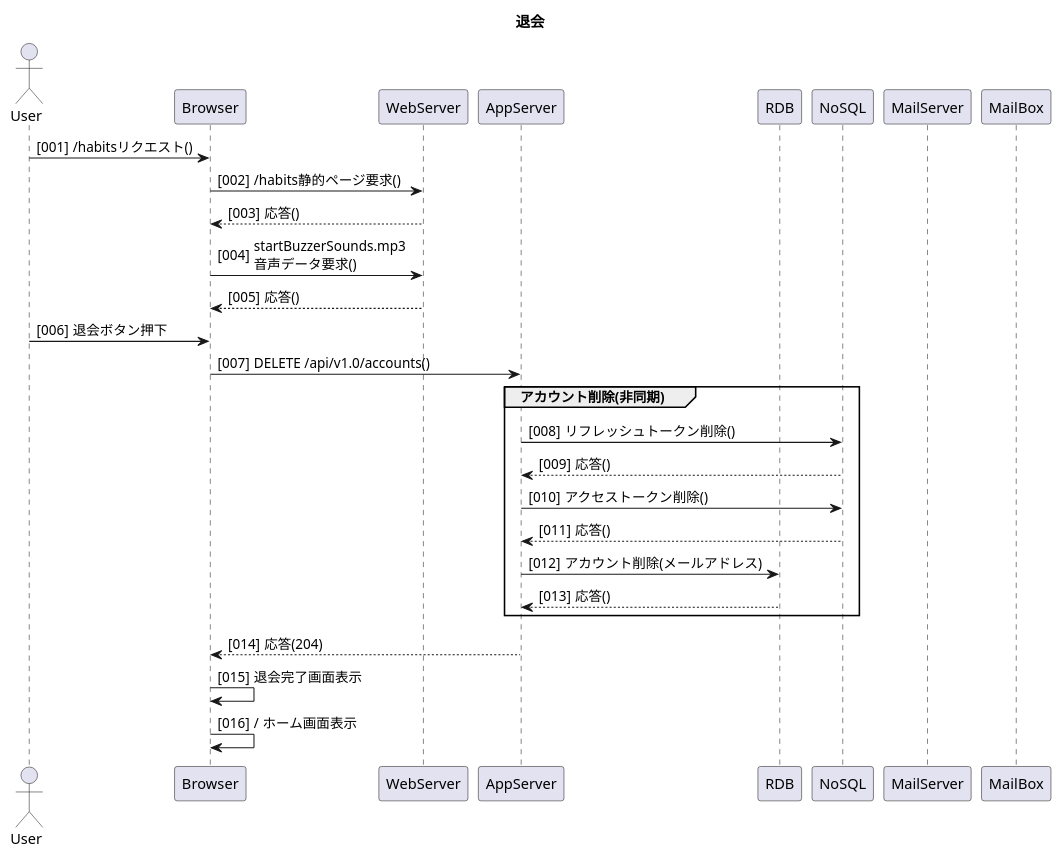
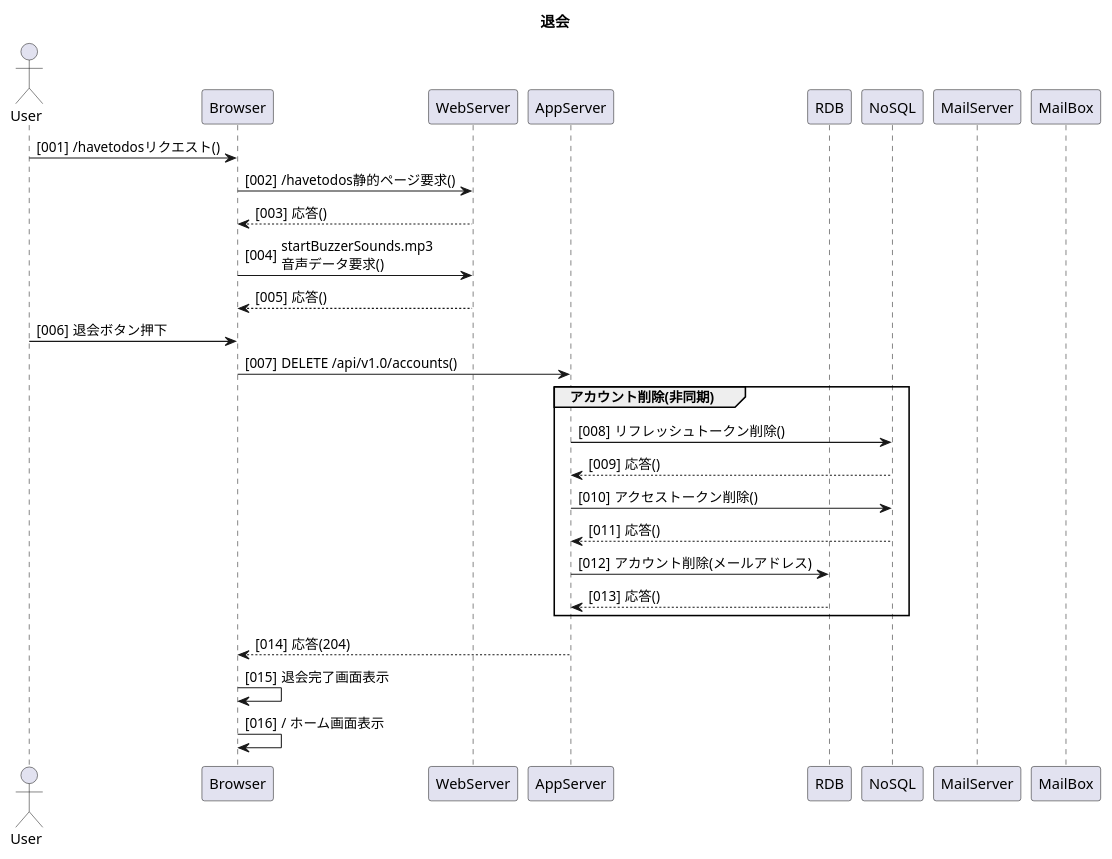
One commit to TAKAHIRO-03/GoodHabits_doc changed the diagram in 03_BD/sequence/quit.pu. Above: the diagram before and after it, drawn with PlantUML. The commit also changed 125 other files, not shown here.

```diff
--- a/03_BD/sequence/quit.pu
+++ b/03_BD/sequence/quit.pu
@@ -1,37 +1,37 @@
 @startuml 退会
 autonumber "[000]"
 title 退会
 
 actor User
 participant Browser
 participant WebServer
 participant AppServer
 participant RDB
 participant NoSQL
 participant MailServer
 participant MailBox
 !pragma teoz true
 
-User -> Browser: /habitsリクエスト()
-Browser -> WebServer: /habits静的ページ要求()
+User -> Browser: /havetodosリクエスト()
+Browser -> WebServer: /havetodos静的ページ要求()
 WebServer --> Browser: 応答()
 Browser -> WebServer: startBuzzerSounds.mp3\n音声データ要求()
 WebServer --> Browser: 応答()
 
 User -> Browser: 退会ボタン押下
 Browser -> AppServer: DELETE /api/v1.0/accounts()
 
 group アカウント削除(非同期)
   AppServer -> NoSQL: リフレッシュトークン削除()
   NoSQL --> AppServer: 応答()
   AppServer -> NoSQL: アクセストークン削除()
   NoSQL --> AppServer: 応答()
   AppServer -> RDB: アカウント削除(メールアドレス)
   RDB --> AppServer: 応答()
 end
 
 AppServer --> Browser: 応答(204)
 Browser -> Browser: 退会完了画面表示
 Browser -> Browser: / ホーム画面表示
 
 @enduml
```
